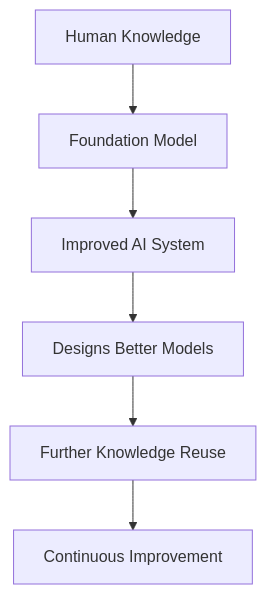
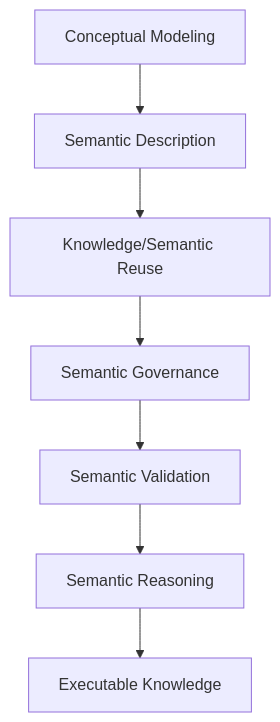
Before and after one commit to yasenstar/protege_pizza: the fifth of 17 diagrams in ebook/markdown/ch18.md, drawn with Mermaid. The commit also changed other lines of this file and 21 other files, not shown here.

````diff
--- a/ebook/markdown/ch18.md
+++ b/ebook/markdown/ch18.md
@@ -355,9 +493,10 @@
 ```mermaid
 flowchart TD
-A[Human Knowledge]
--->B[Foundation Model]
--->C[Improved AI System]
--->D[Designs Better Models]
--->E[Further Knowledge Reuse]
--->F[Continuous Improvement]
+A[Conceptual Modeling]
+-->B[Semantic Description]
+-->C[Knowledge/Semantic Reuse]
+-->D[Semantic Governance]
+-->E[Semantic Validation]
+-->F[Semantic Reasoning]
+-->G[Executable Knowledge]
 ```
````
